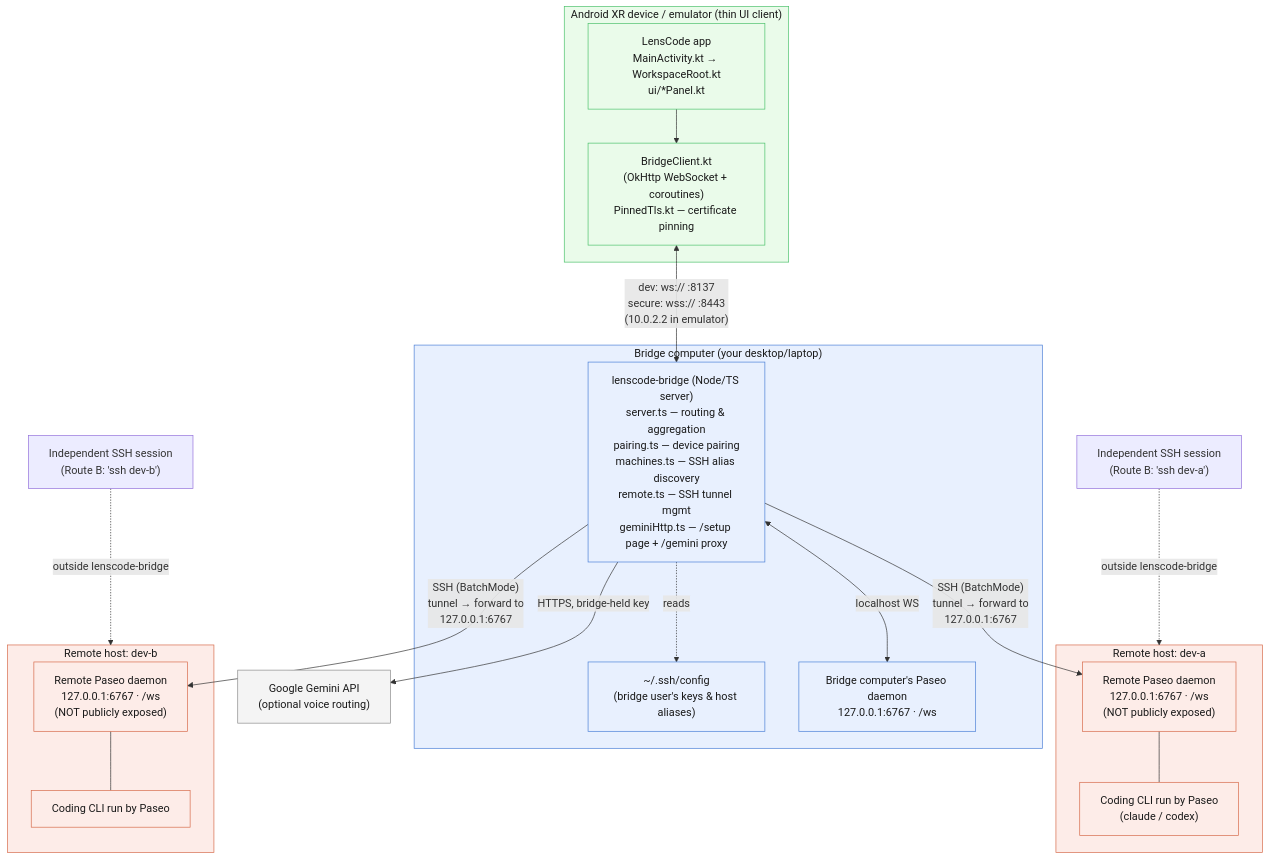
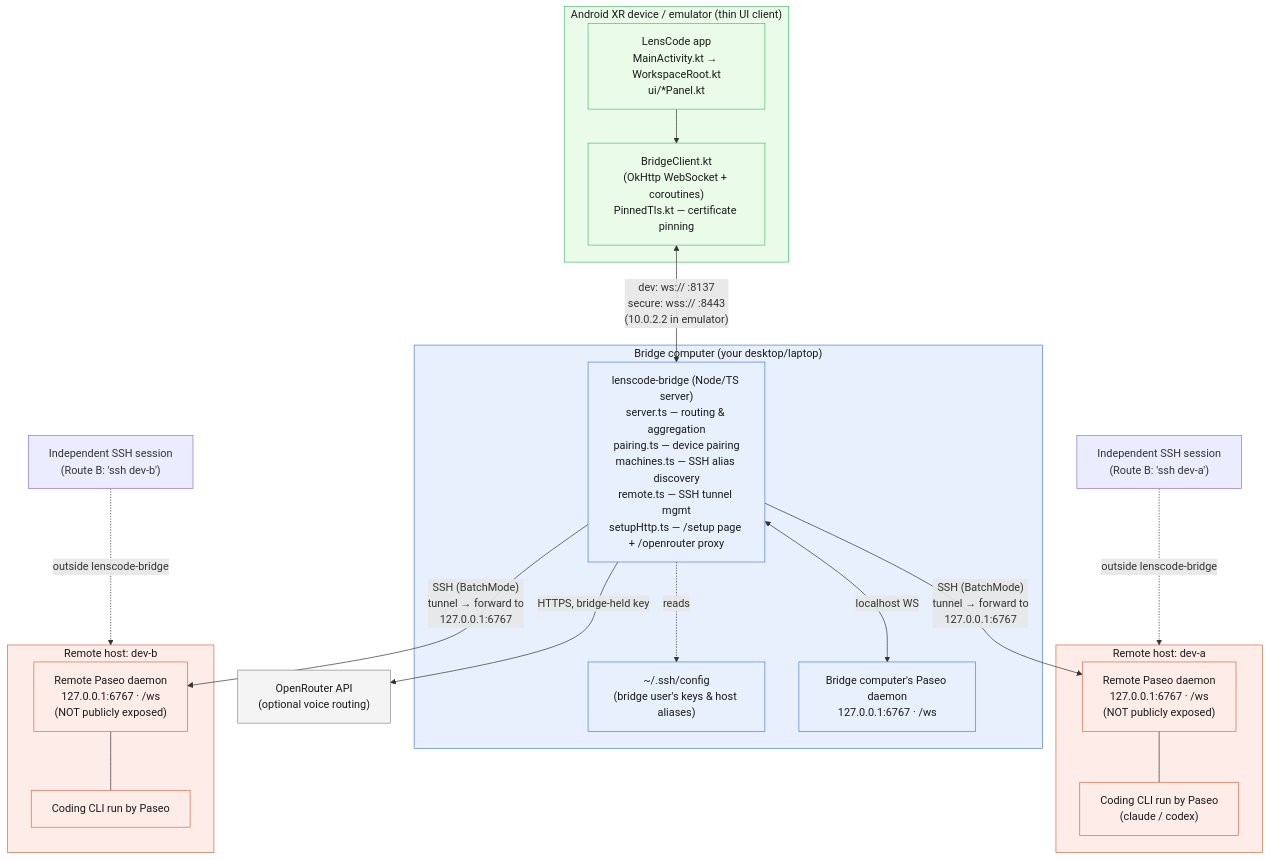
The diagram in docs/architecture.md (getlenscode/lenscode), drawn with Mermaid before and after one commit. The commit also changed other lines of this file and 45 other files, not shown here.

First line of the commit message:
feat: route voice commands with OpenRouter instead of Gemini; agentic Browser address bar

````diff
--- a/docs/architecture.md
+++ b/docs/architecture.md
@@ -13,48 +13,48 @@
 ```mermaid
 flowchart TB
     subgraph GLASSES["Android XR device / emulator (thin UI client)"]
         APP["LensCode app<br/>MainActivity.kt → WorkspaceRoot.kt<br/>ui/*Panel.kt"]
         BC["BridgeClient.kt<br/>(OkHttp WebSocket + coroutines)<br/>PinnedTls.kt — certificate pinning"]
         APP --> BC
     end
 
     subgraph DESKTOP["Bridge computer (your desktop/laptop)"]
-        BRIDGE["lenscode-bridge (Node/TS server)<br/>server.ts — routing & aggregation<br/>pairing.ts — device pairing<br/>machines.ts — SSH alias discovery<br/>remote.ts — SSH tunnel mgmt<br/>geminiHttp.ts — /setup page + /gemini proxy"]
+        BRIDGE["lenscode-bridge (Node/TS server)<br/>server.ts — routing & aggregation<br/>pairing.ts — device pairing<br/>machines.ts — SSH alias discovery<br/>remote.ts — SSH tunnel mgmt<br/>setupHttp.ts — /setup page + /openrouter proxy"]
         SSHCFG["~/.ssh/config<br/>(bridge user's keys & host aliases)"]
         LPASEO["Bridge computer's Paseo daemon<br/>127.0.0.1:6767 · /ws"]
         BRIDGE -. reads .-> SSHCFG
         BRIDGE <-->|localhost WS| LPASEO
     end
 
     subgraph DEVA["Remote host: dev-a"]
         RPASEOA["Remote Paseo daemon<br/>127.0.0.1:6767 · /ws<br/>(NOT publicly exposed)"]
         CLIA["Coding CLI run by Paseo<br/>(claude / codex)"]
         RPASEOA --- CLIA
     end
 
     subgraph DEVB["Remote host: dev-b"]
         RPASEOB["Remote Paseo daemon<br/>127.0.0.1:6767 · /ws<br/>(NOT publicly exposed)"]
         CLIB["Coding CLI run by Paseo"]
         RPASEOB --- CLIB
     end
 
-    GEMINI["Google Gemini API<br/>(optional voice routing)"]
+    OPENROUTER["OpenRouter API<br/>(optional voice routing)"]
 
     BC <-->|"dev: ws:// :8137<br/>secure: wss:// :8443<br/>(10.0.2.2 in emulator)"| BRIDGE
-    BRIDGE -->|"HTTPS, bridge-held key"| GEMINI
+    BRIDGE -->|"HTTPS, bridge-held key"| OPENROUTER
 
     BRIDGE -->|"SSH (BatchMode)<br/>tunnel → forward to<br/>127.0.0.1:6767"| RPASEOA
     BRIDGE -->|"SSH (BatchMode)<br/>tunnel → forward to<br/>127.0.0.1:6767"| RPASEOB
 
     EXT1["Independent SSH session<br/>(Route B: 'ssh dev-a')"] -.->|outside lenscode-bridge| DEVA
     EXT2["Independent SSH session<br/>(Route B: 'ssh dev-b')"] -.->|outside lenscode-bridge| DEVB
 
     classDef desktop fill:#e8f0fe,stroke:#4a7fd6,color:#1a1a1a;
     classDef remote fill:#fdece8,stroke:#d66a4a,color:#1a1a1a;
     classDef client fill:#eafbea,stroke:#4ac16a,color:#1a1a1a;
     classDef external fill:#f4f4f4,stroke:#8a8a8a,color:#1a1a1a;
     class DESKTOP,BRIDGE,LPASEO,SSHCFG desktop;
     class DEVA,DEVB,RPASEOA,RPASEOB,CLIA,CLIB remote;
     class GLASSES,APP,BC client;
-    class GEMINI external;
+    class OPENROUTER external;
 ```
````
